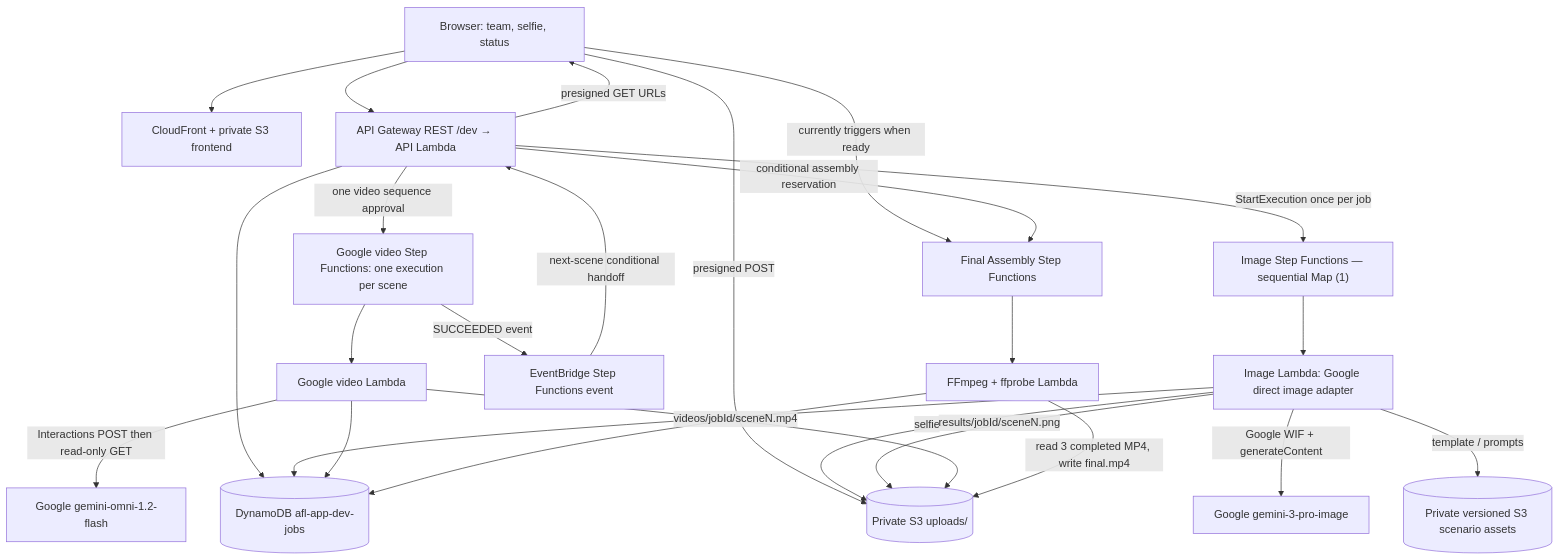
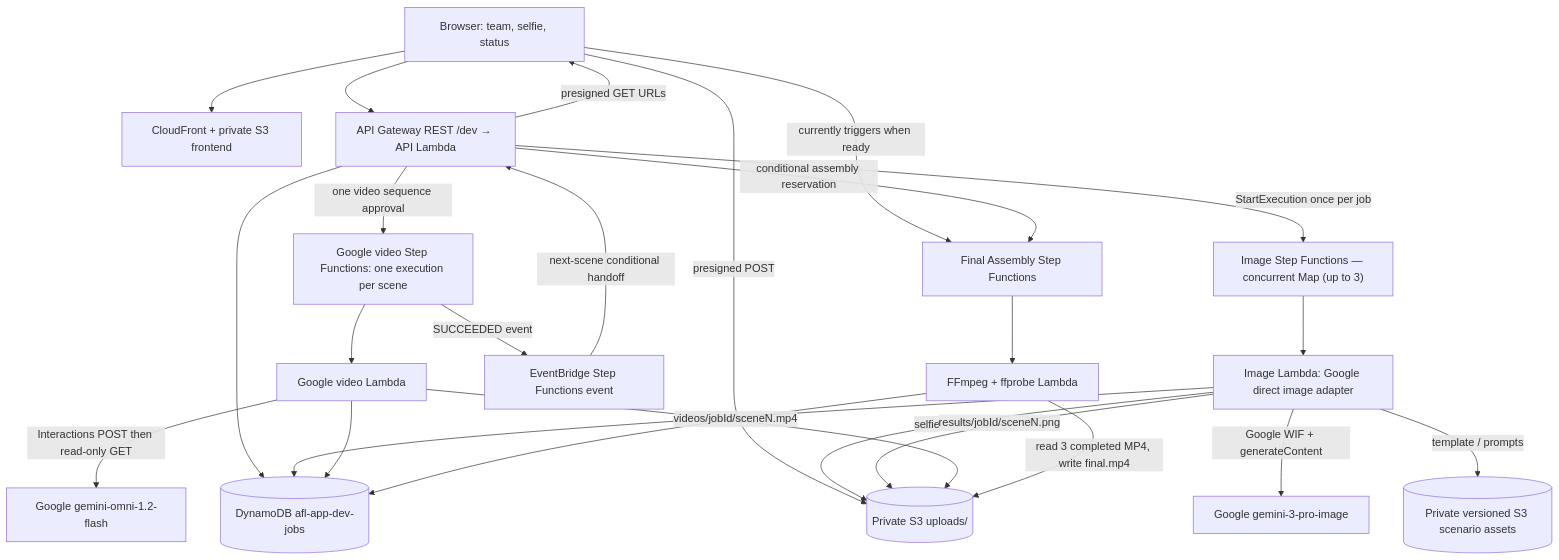
Before and after one commit to rorygleeson/afl-video-platform: the diagram in docs/ARCHITECTURE.md, drawn with Mermaid. The commit also changed other lines of this file, not shown here.

Commit message:
docs: align image concurrency with 3-branch Google image workflow

````diff
--- a/docs/ARCHITECTURE.md
+++ b/docs/ARCHITECTURE.md
@@ -11,27 +11,27 @@
 ```mermaid
 flowchart TD
   Browser["Browser: team, selfie, status"] --> CF["CloudFront + private S3 frontend"]
   Browser --> API["API Gateway REST /dev → API Lambda"]
   Browser -->|presigned POST| Uploads[("Private S3 uploads/")]
   API --> Jobs[("DynamoDB afl-app-dev-jobs")]
-  API -->|StartExecution once per job| ImageSFN["Image Step Functions — sequential Map (1)"]
+  API -->|StartExecution once per job| ImageSFN["Image Step Functions — concurrent Map (up to 3)"]
   ImageSFN --> ImageWorker["Image Lambda: Google direct image adapter"]
   ImageWorker -->|template / prompts| Assets[("Private versioned S3 scenario assets")]
   ImageWorker -->|selfie| Uploads
   ImageWorker -->|Google WIF + generateContent| GoogleImage["Google gemini-3-pro-image"]
   ImageWorker -->|results/jobId/sceneN.png| Uploads
   ImageWorker --> Jobs
   API -->|one video sequence approval| VideoSFN["Google video Step Functions: one execution per scene"]
   VideoSFN --> VideoWorker["Google video Lambda"]
   VideoWorker -->|Interactions POST then read-only GET| GoogleVideo["Google gemini-omni-1.2-flash"]
   VideoWorker -->|videos/jobId/sceneN.mp4| Uploads
   VideoWorker --> Jobs
   VideoSFN -->|SUCCEEDED event| EventBridge["EventBridge Step Functions event"]
   EventBridge -->|next-scene conditional handoff| API
   Browser -->|currently triggers when ready| AssemblySFN["Final Assembly Step Functions"]
   API -->|conditional assembly reservation| AssemblySFN
   AssemblySFN --> Assembly["FFmpeg + ffprobe Lambda"]
   Assembly -->|read 3 completed MP4, write final.mp4| Uploads
   Assembly --> Jobs
   API -->|presigned GET URLs| Browser
 ```
````
